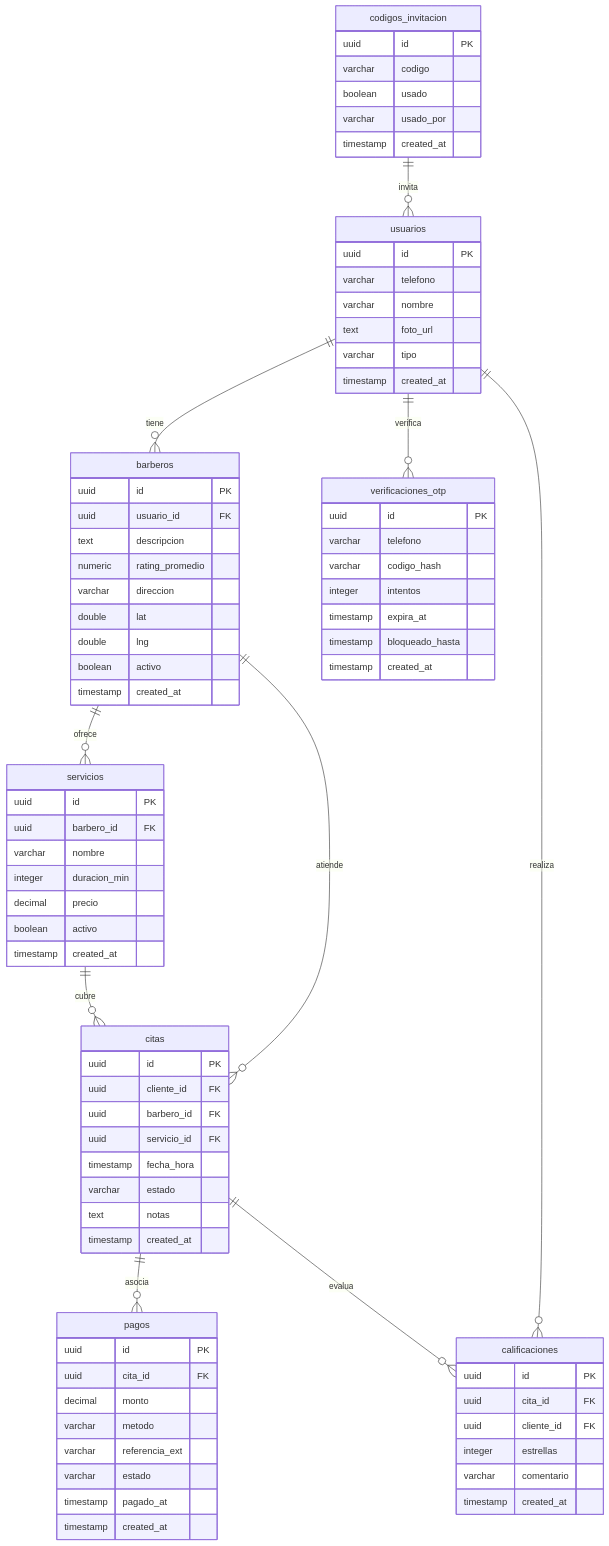
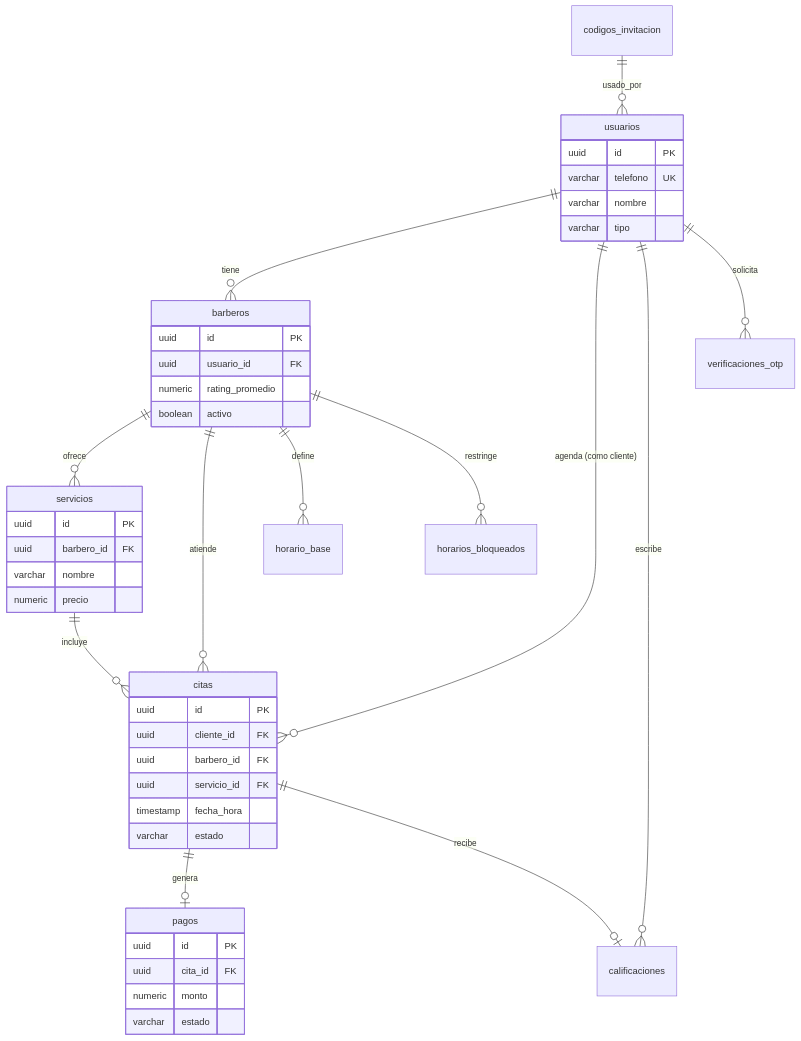
Before and after one commit to BlueBoyDev/SmartBarber: the diagram in README.md, drawn with Mermaid. The commit also changed other lines of this file and 5 other files, not shown here.

````diff
--- a/README.md
+++ b/README.md
@@ -75,32 +71,38 @@
 ```mermaid
 erDiagram
+    usuarios ||--o{ barberos : "tiene"
+    usuarios ||--o{ citas : "agenda (como cliente)"
+    usuarios ||--o{ calificaciones : "escribe"
+    usuarios ||--o{ verificaciones_otp : "solicita"
+    codigos_invitacion ||--o{ usuarios : "usado_por"
+    
+    barberos ||--o{ servicios : "ofrece"
+    barberos ||--o{ citas : "atiende"
+    barberos ||--o{ horario_base : "define"
+    barberos ||--o{ horarios_bloqueados : "restringe"
+    
+    servicios ||--o{ citas : "incluye"
+    
+    citas ||--o| pagos : "genera"
+    citas ||--o| calificaciones : "recibe"
+
     usuarios {
         uuid id PK
-        varchar telefono
+        varchar telefono UK
         varchar nombre
-        text foto_url
         varchar tipo
-        timestamp created_at
     }
     barberos {
         uuid id PK
         uuid usuario_id FK
-        text descripcion
         numeric rating_promedio
-        varchar direccion
-        double lat
-        double lng
         boolean activo
-        timestamp created_at
     }
     servicios {
         uuid id PK
         uuid barbero_id FK
         varchar nombre
-        integer duracion_min
-        decimal precio
-        boolean activo
-        timestamp created_at
+        numeric precio
     }
     citas {
         uuid id PK
@@ -109,50 +111,11 @@
         uuid servicio_id FK
         timestamp fecha_hora
         varchar estado
-        text notas
-        timestamp created_at
     }
     pagos {
         uuid id PK
         uuid cita_id FK
-        decimal monto
-        varchar metodo
-        varchar referencia_ext
+        numeric monto
         varchar estado
-        timestamp pagado_at
-        timestamp created_at
     }
-    calificaciones {
-        uuid id PK
-        uuid cita_id FK
-        uuid cliente_id FK
-        integer estrellas
-        varchar comentario
-        timestamp created_at
-    }
-    verificaciones_otp {
-        uuid id PK
-        varchar telefono
-        varchar codigo_hash
-        integer intentos
-        timestamp expira_at
-        timestamp bloqueado_hasta
-        timestamp created_at
-    }
-    codigos_invitacion {
-        uuid id PK
-        varchar codigo
-        boolean usado
-        varchar usado_por
-        timestamp created_at
-    }
-    usuarios ||--o{ barberos : "tiene"
-    barberos ||--o{ servicios : "ofrece"
-    servicios ||--o{ citas : "cubre"
-    barberos ||--o{ citas : "atiende"
-    citas ||--o{ pagos : "asocia"
-    citas ||--o{ calificaciones : "evalua"
-    usuarios ||--o{ calificaciones : "realiza"
-    usuarios ||--o{ verificaciones_otp : "verifica"
-    codigos_invitacion ||--o{ usuarios : "invita"
 ```
````
